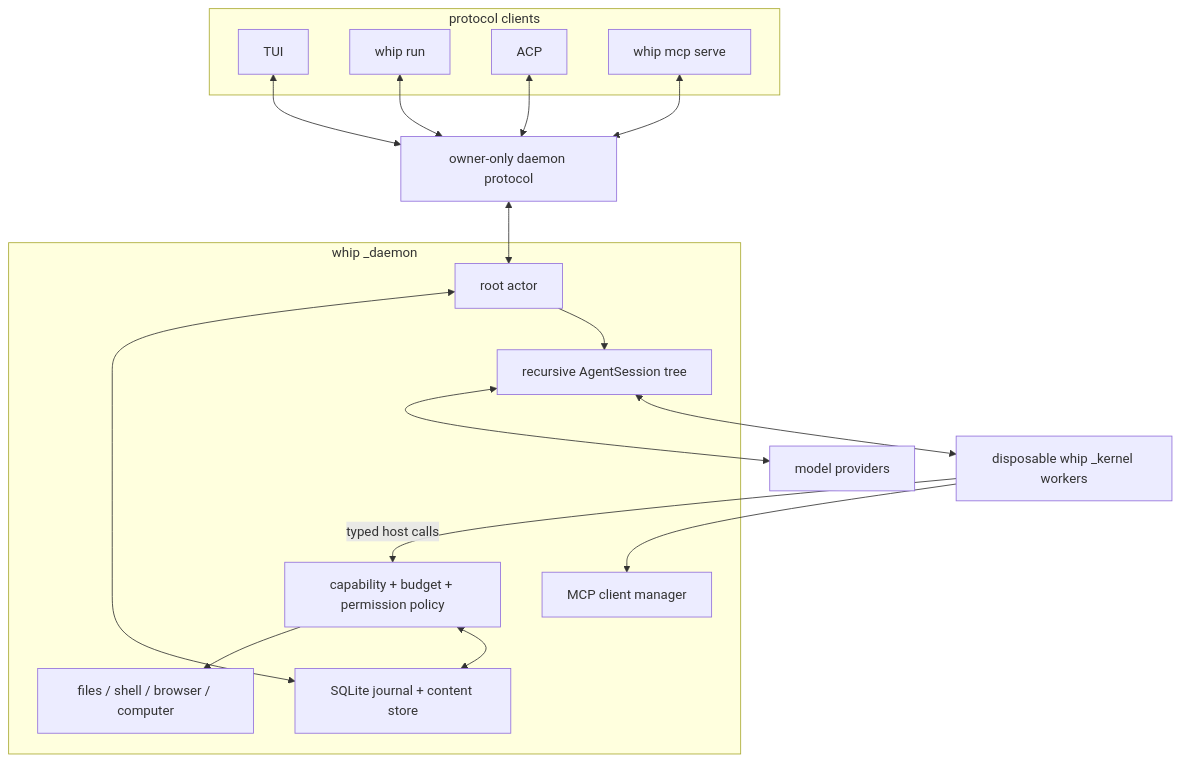
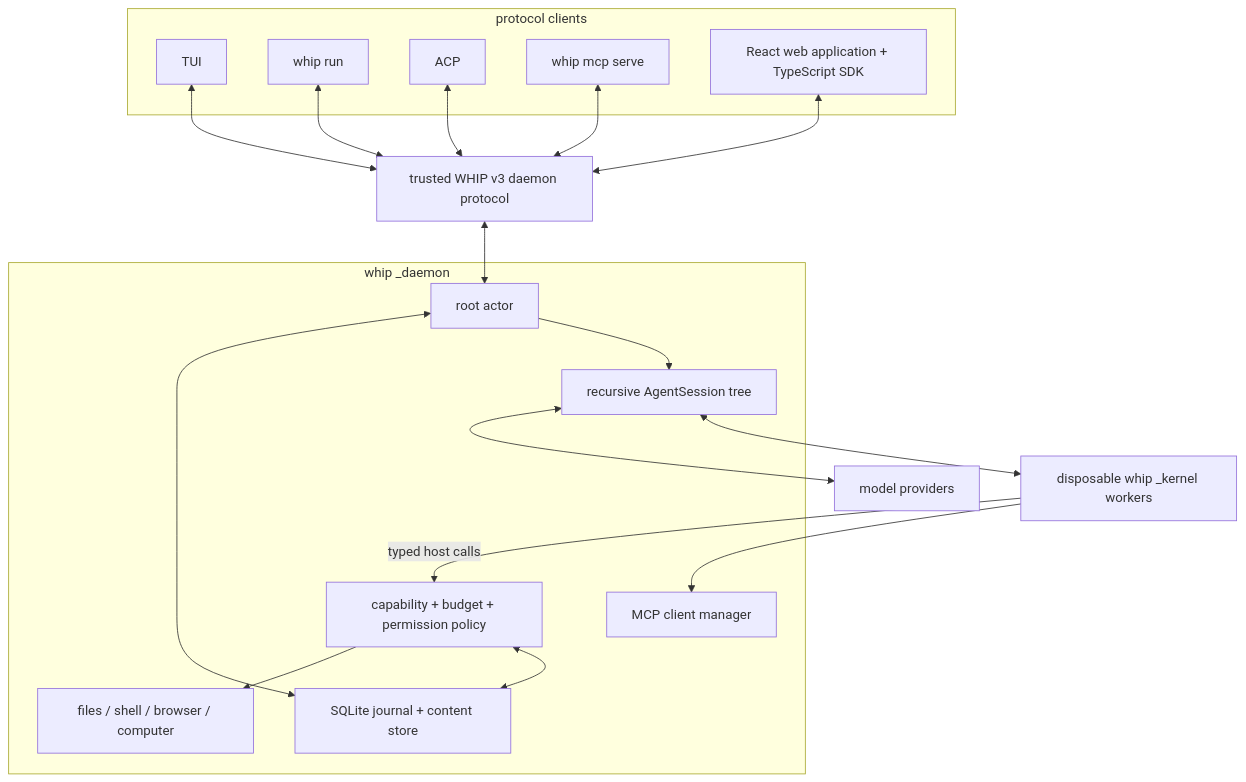
One commit to context-labs/whip changed the first of 2 diagrams in docs/architecture.md. Above: the diagram before and after it, drawn with Mermaid. The commit also changed other lines of this file and 266 other files, not shown here.

First line of the commit message:
feat(web): add themed React app and shared component library

````diff
--- a/docs/architecture.md
+++ b/docs/architecture.md
@@ -15,33 +15,34 @@
 ```mermaid
 flowchart TB
     subgraph clients["protocol clients"]
         TUI["TUI"]
         RUN["whip run"]
         ACP["ACP"]
         BRIDGE["whip mcp serve"]
+        WEB["React web application + TypeScript SDK"]
     end
 
-    RPC["owner-only daemon protocol"]
+    RPC["trusted WHIP v3 daemon protocol"]
 
     subgraph daemon["whip _daemon"]
         ROOT["root actor"]
         TREE["recursive AgentSession tree"]
         POLICY["capability + budget + permission policy"]
         SERVICES["files / shell / browser / computer"]
         MCP["MCP client manager"]
         STORE["SQLite journal + content store"]
     end
 
     KERNELS["disposable whip _kernel workers"]
     MODELS["model providers"]
 
-    TUI & RUN & ACP & BRIDGE <--> RPC <--> ROOT
+    TUI & RUN & ACP & BRIDGE & WEB <--> RPC <--> ROOT
     ROOT <--> STORE
     ROOT --> TREE
     TREE <--> MODELS
     TREE <--> KERNELS
     KERNELS -->|typed host calls| POLICY
     POLICY --> SERVICES
     KERNELS --> MCP
     POLICY <--> STORE
 ```
````
